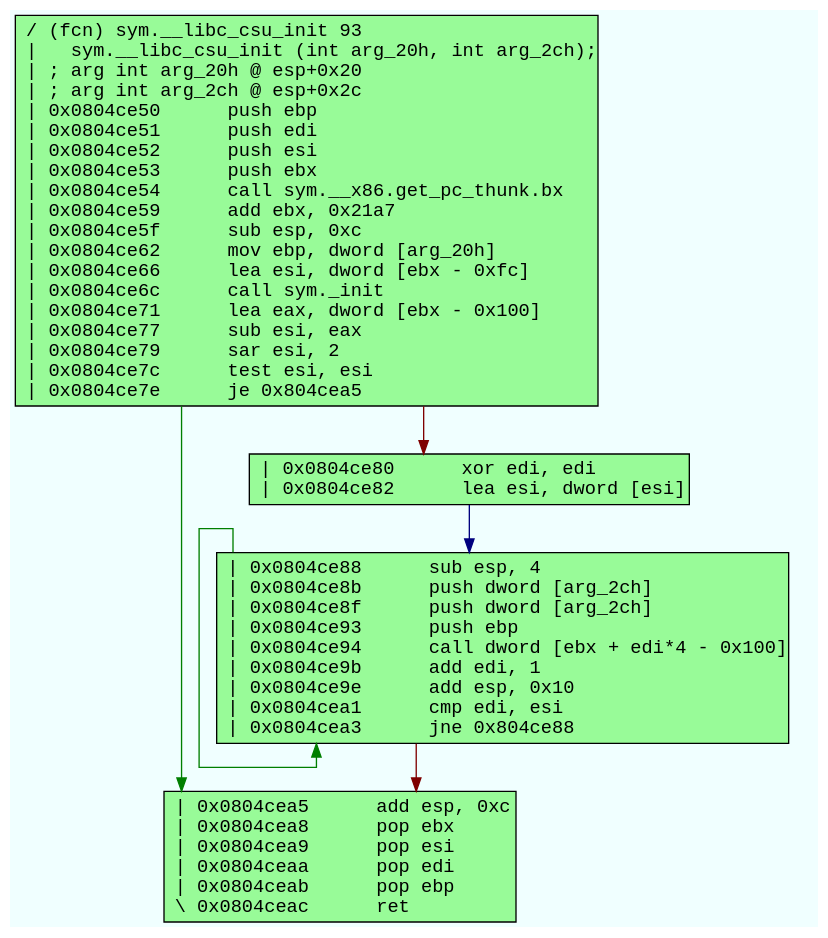
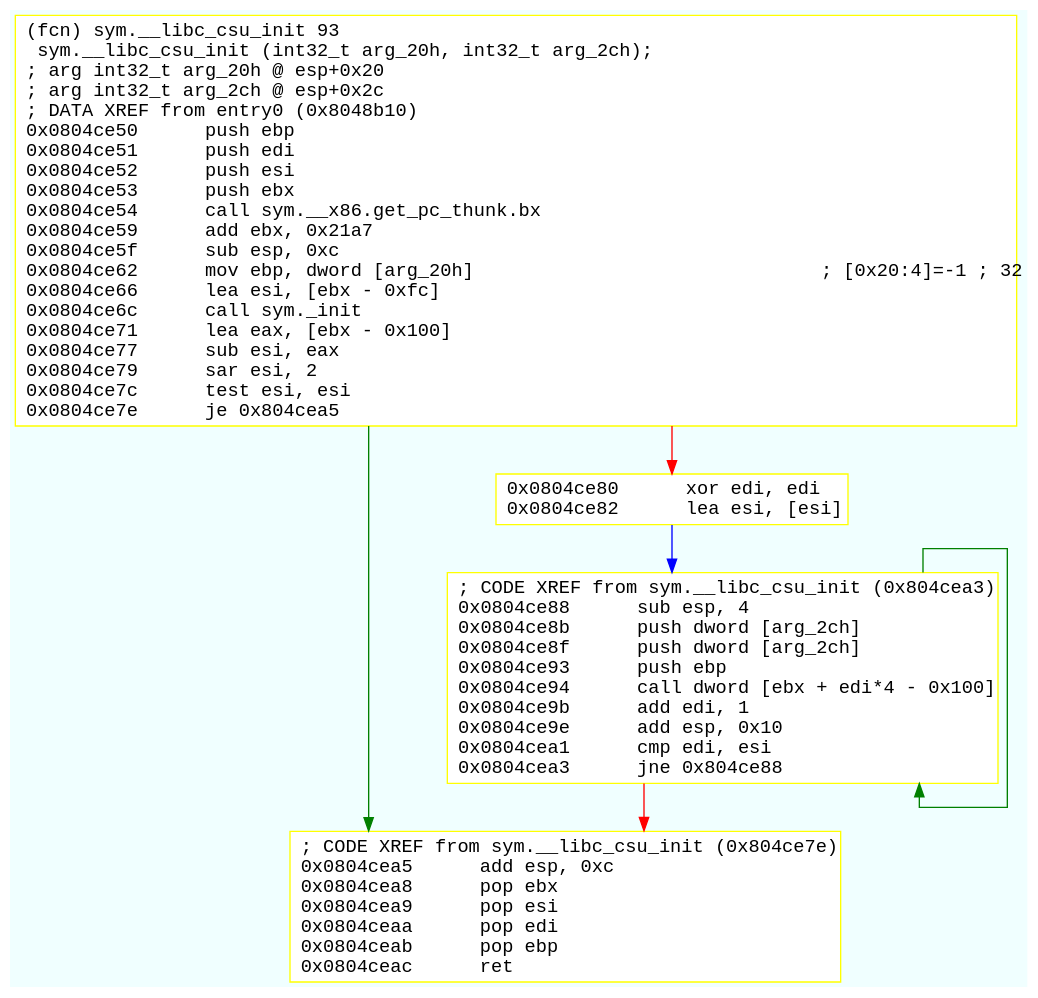
Before and after one commit to ClonedOne/cov_host: the diagram in dotfiles/sym.__libc_csu_init.dot, drawn with Graphviz. The commit also changed 76 other files, not shown here.

```diff
--- a/dotfiles/sym.__libc_csu_init.dot
+++ b/dotfiles/sym.__libc_csu_init.dot
@@ -1,14 +1,14 @@
 digraph code {
 	graph [bgcolor=azure fontsize=8 fontname="Courier" splines="ortho"];
 	node [fillcolor=gray style=filled shape=box];
 	edge [arrowhead="normal"];
-	"0x0804ce50" -> "0x0804cea5" [color="#007f00"];
-	"0x0804ce50" -> "0x0804ce80" [color="#7f0000"];
-	"0x0804ce50" [URL="sym.__libc_csu_init/0x0804ce50", fillcolor="palegreen",color="black", fontname="Courier",label="/ (fcn) sym.__libc_csu_init 93\l|   sym.__libc_csu_init (int arg_20h, int arg_2ch);\l| ; arg int arg_20h @ esp+0x20\l| ; arg int arg_2ch @ esp+0x2c\l| 0x0804ce50      push ebp\l| 0x0804ce51      push edi\l| 0x0804ce52      push esi\l| 0x0804ce53      push ebx\l| 0x0804ce54      call sym.__x86.get_pc_thunk.bx\l| 0x0804ce59      add ebx, 0x21a7\l| 0x0804ce5f      sub esp, 0xc\l| 0x0804ce62      mov ebp, dword [arg_20h]\l| 0x0804ce66      lea esi, dword [ebx - 0xfc]\l| 0x0804ce6c      call sym._init\l| 0x0804ce71      lea eax, dword [ebx - 0x100]\l| 0x0804ce77      sub esi, eax\l| 0x0804ce79      sar esi, 2\l| 0x0804ce7c      test esi, esi\l| 0x0804ce7e      je 0x804cea5\l"]
-	"0x0804ce80" -> "0x0804ce88" [color="#00007f"];
-	"0x0804ce80" [URL="sym.__libc_csu_init/0x0804ce80", fillcolor="palegreen",color="black", fontname="Courier",label="| 0x0804ce80      xor edi, edi\l| 0x0804ce82      lea esi, dword [esi]\l"]
-	"0x0804ce88" -> "0x0804ce88" [color="#007f00"];
-	"0x0804ce88" -> "0x0804cea5" [color="#7f0000"];
-	"0x0804ce88" [URL="sym.__libc_csu_init/0x0804ce88", fillcolor="palegreen",color="black", fontname="Courier",label="| 0x0804ce88      sub esp, 4\l| 0x0804ce8b      push dword [arg_2ch]\l| 0x0804ce8f      push dword [arg_2ch]\l| 0x0804ce93      push ebp\l| 0x0804ce94      call dword [ebx + edi*4 - 0x100]\l| 0x0804ce9b      add edi, 1\l| 0x0804ce9e      add esp, 0x10\l| 0x0804cea1      cmp edi, esi\l| 0x0804cea3      jne 0x804ce88\l"]
-	"0x0804cea5" [URL="sym.__libc_csu_init/0x0804cea5", fillcolor="palegreen",color="black", fontname="Courier",label="| 0x0804cea5      add esp, 0xc\l| 0x0804cea8      pop ebx\l| 0x0804cea9      pop esi\l| 0x0804ceaa      pop edi\l| 0x0804ceab      pop ebp\l\\ 0x0804ceac      ret\l"]
+	"0x0804ce50" -> "0x0804cea5" [color="green"];
+	"0x0804ce50" -> "0x0804ce80" [color="red"];
+	"0x0804ce50" [URL="sym.__libc_csu_init/0x0804ce50", fillcolor="white",color="yellow", fontname="Courier",label="(fcn) sym.__libc_csu_init 93\l  sym.__libc_csu_init (int32_t arg_20h, int32_t arg_2ch);\l; arg int32_t arg_20h @ esp+0x20\l; arg int32_t arg_2ch @ esp+0x2c\l; DATA XREF from entry0 (0x8048b10)\l0x0804ce50      push ebp\l0x0804ce51      push edi\l0x0804ce52      push esi\l0x0804ce53      push ebx\l0x0804ce54      call sym.__x86.get_pc_thunk.bx\l0x0804ce59      add ebx, 0x21a7\l0x0804ce5f      sub esp, 0xc\l0x0804ce62      mov ebp, dword [arg_20h]                               ; [0x20:4]=-1 ; 32\l0x0804ce66      lea esi, [ebx - 0xfc]\l0x0804ce6c      call sym._init\l0x0804ce71      lea eax, [ebx - 0x100]\l0x0804ce77      sub esi, eax\l0x0804ce79      sar esi, 2\l0x0804ce7c      test esi, esi\l0x0804ce7e      je 0x804cea5\l"]
+	"0x0804ce80" -> "0x0804ce88" [color="blue"];
+	"0x0804ce80" [URL="sym.__libc_csu_init/0x0804ce80", fillcolor="white",color="yellow", fontname="Courier",label="0x0804ce80      xor edi, edi\l0x0804ce82      lea esi, [esi]\l"]
+	"0x0804ce88" -> "0x0804ce88" [color="green"];
+	"0x0804ce88" -> "0x0804cea5" [color="red"];
+	"0x0804ce88" [URL="sym.__libc_csu_init/0x0804ce88", fillcolor="white",color="yellow", fontname="Courier",label="; CODE XREF from sym.__libc_csu_init (0x804cea3)\l0x0804ce88      sub esp, 4\l0x0804ce8b      push dword [arg_2ch]\l0x0804ce8f      push dword [arg_2ch]\l0x0804ce93      push ebp\l0x0804ce94      call dword [ebx + edi*4 - 0x100]\l0x0804ce9b      add edi, 1\l0x0804ce9e      add esp, 0x10\l0x0804cea1      cmp edi, esi\l0x0804cea3      jne 0x804ce88\l"]
+	"0x0804cea5" [URL="sym.__libc_csu_init/0x0804cea5", fillcolor="white",color="yellow", fontname="Courier",label="; CODE XREF from sym.__libc_csu_init (0x804ce7e)\l0x0804cea5      add esp, 0xc\l0x0804cea8      pop ebx\l0x0804cea9      pop esi\l0x0804ceaa      pop edi\l0x0804ceab      pop ebp\l0x0804ceac      ret\l"]
 }
```
